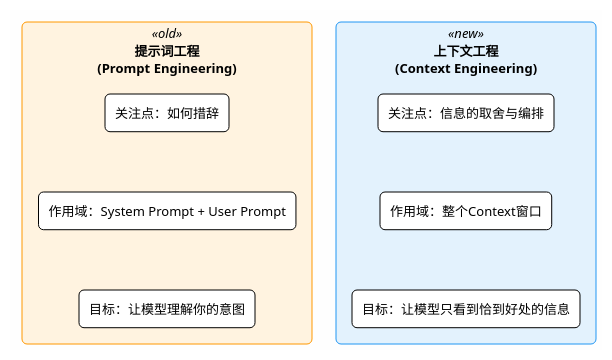
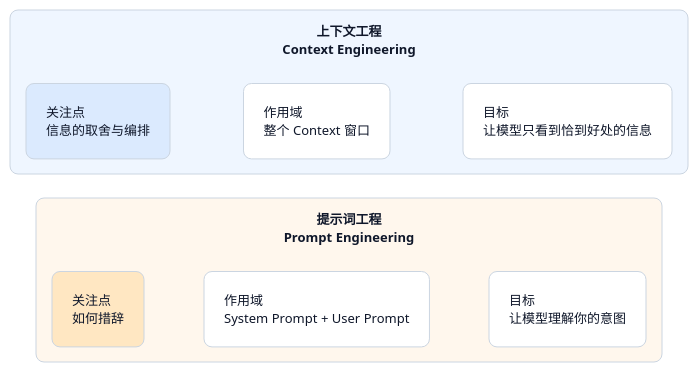
Before and after one commit to shining-stars-l/javaup: the second of 3 diagrams in docs/55-超级智能体/35-会话记忆的详细设计/02-上下文爆炸与工程方法.md, drawn with PlantUML. The commit also changed other lines of this file and 1 other file, not shown here.

````diff
--- a/docs/55-超级智能体/35-会话记忆的详细设计/02-上下文爆炸与工程方法.md
+++ b/docs/55-超级智能体/35-会话记忆的详细设计/02-上下文爆炸与工程方法.md
@@ -162,34 +190,45 @@
 ```plantuml title="提示词工程 vs 上下文工程" width="100%" align="left"
 @startuml
-!theme plain
-skinparam backgroundColor #FEFEFE
-skinparam roundcorner 10
+left to right direction
+skinparam backgroundColor transparent
+skinparam shadowing false
+skinparam roundcorner 16
 skinparam defaultFontName "Microsoft YaHei"
 skinparam defaultFontSize 13
+skinparam defaultTextAlignment left
+skinparam nodesep 28
+skinparam ranksep 34
+skinparam Padding 10
+skinparam packageStyle rectangle
+
+skinparam package {
+  BorderColor #CBD5E1
+  BorderThickness 1
+  FontColor #0F172A
+  FontStyle bold
+}
 
 skinparam rectangle {
-  BackgroundColor<<old>> #FFF3E0
-  BorderColor<<old>> #FF9800
-  BackgroundColor<<new>> #E3F2FD
-  BorderColor<<new>> #2196F3
+  BorderColor #CBD5E1
+  BorderThickness 1
+  FontColor #0F172A
 }
 
-rectangle "提示词工程\n(Prompt Engineering)" <<old>> {
-  rectangle "关注点：如何措辞" as pe1
-  rectangle "作用域：System Prompt + User Prompt" as pe2
-  rectangle "目标：让模型理解你的意图" as pe3
+package "提示词工程\nPrompt Engineering" as PromptEng #FFF7ED {
+  rectangle "关注点\n如何措辞" as pe1 #FFE7C2
+  rectangle "作用域\nSystem Prompt + User Prompt" as pe2 #FFFFFF
+  rectangle "目标\n让模型理解你的意图" as pe3 #FFFFFF
 }
 
-rectangle "上下文工程\n(Context Engineering)" <<new>> {
-  rectangle "关注点：信息的取舍与编排" as ce1
-  rectangle "作用域：整个Context窗口" as ce2
-  rectangle "目标：让模型只看到恰到好处的信息" as ce3
+package "上下文工程\nContext Engineering" as ContextEng #EFF6FF {
+  rectangle "关注点\n信息的取舍与编排" as ce1 #DBEAFE
+  rectangle "作用域\n整个 Context 窗口" as ce2 #FFFFFF
+  rectangle "目标\n让模型只看到恰到好处的信息" as ce3 #FFFFFF
 }
 
 pe1 -[hidden]down-> pe2
 pe2 -[hidden]down-> pe3
 ce1 -[hidden]down-> ce2
 ce2 -[hidden]down-> ce3
-
 @enduml
 ```
````
